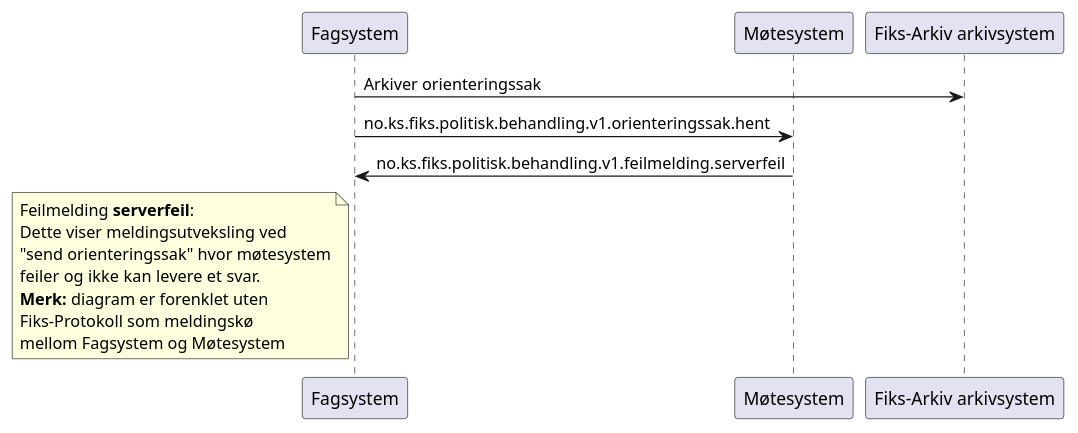
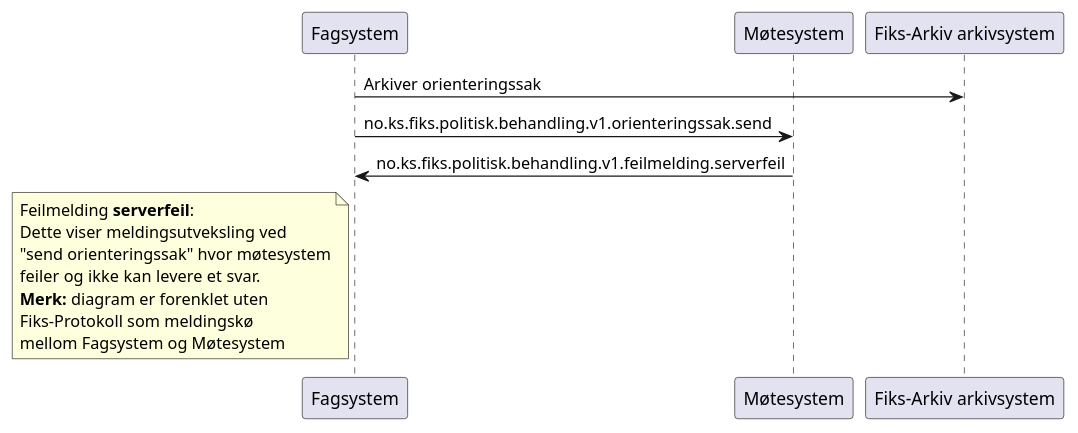
One commit to ks-no/fiks-politisk-behandling-specification changed the diagram in Dokumentasjon/V1/meldingsutveksling/orienteringssak-send/sekvensdiagram/sekvensdiagram-orienteringssak-send-serverfeil.puml. Above: the diagram before and after it, drawn with PlantUML. The commit also changed 50 other files, not shown here.

```diff
--- a/Dokumentasjon/V1/meldingsutveksling/orienteringssak-send/sekvensdiagram/sekvensdiagram-orienteringssak-send-serverfeil.puml
+++ b/Dokumentasjon/V1/meldingsutveksling/orienteringssak-send/sekvensdiagram/sekvensdiagram-orienteringssak-send-serverfeil.puml
@@ -1,20 +1,20 @@
 @startuml
 participant Fagsystem as "Fagsystem"
 participant Møtesystem as "Møtesystem"
 participant Arkivsystem as "Fiks-Arkiv arkivsystem"
 
 Fagsystem -> Arkivsystem : Arkiver orienteringssak
-Fagsystem -> Møtesystem : no.ks.fiks.politisk.behandling.v1.orienteringssak.hent
+Fagsystem -> Møtesystem : no.ks.fiks.politisk.behandling.v1.orienteringssak.send
 Fagsystem <- Møtesystem : no.ks.fiks.politisk.behandling.v1.feilmelding.serverfeil
 
 note left of Fagsystem
 Feilmelding **serverfeil**:
 Dette viser meldingsutveksling ved
 "send orienteringssak" hvor møtesystem
 feiler og ikke kan levere et svar.
 **Merk:** diagram er forenklet uten
 Fiks-Protokoll som meldingskø
 mellom Fagsystem og Møtesystem
 end note
 
 @enduml
```
